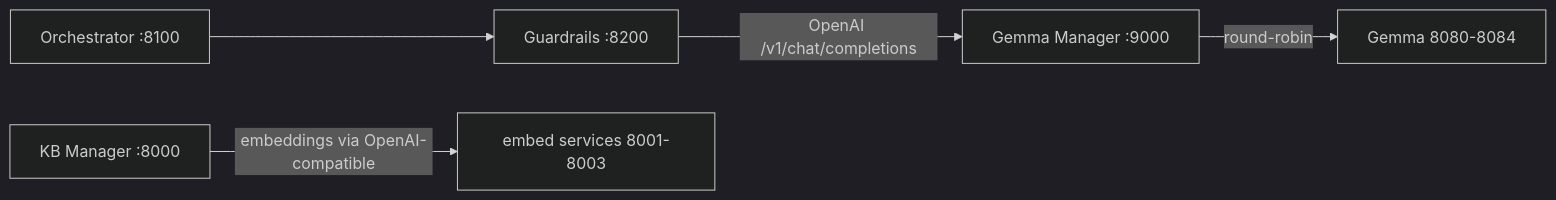
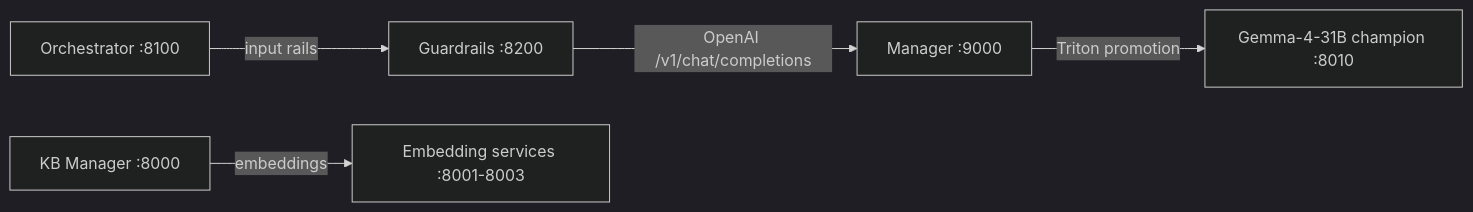
The second of 2 diagrams in README.md (AliNikkhah2001/Work_RAG-Server-Setup), drawn with Mermaid (dark theme) before and after one commit. The commit also changed other lines of this file, not shown here.

Commit message:
docs(server-setup): rewrite self-contained README, remove TRITON-HOURLY-STATUS

````diff
--- a/README.md
+++ b/README.md
@@ -169,7 +72,14 @@
 ```mermaid
 flowchart LR
-    ORCH["Orchestrator :8100"] --> GR["Guardrails :8200"]
-    GR -->|"OpenAI /v1/chat/completions"| MG["Gemma Manager :9000"]
-    MG -->|"round-robin"| G[Gemma 8080-8084]
-    KB["KB Manager :8000"] -->|"embeddings via OpenAI-compatible"| E[embed services 8001-8003]
+    ORCH[Orchestrator :8100]
+    GR[Guardrails :8200]
+    MG[Manager :9000]
+    KB[KB Manager :8000]
+    EMB[Embedding services :8001-8003]
+    GEM[Gemma-4-31B champion :8010]
+
+    ORCH -->|input rails| GR
+    GR -->|OpenAI /v1/chat/completions| MG
+    MG -->|Triton promotion| GEM
+    KB -->|embeddings| EMB
 ```
````
